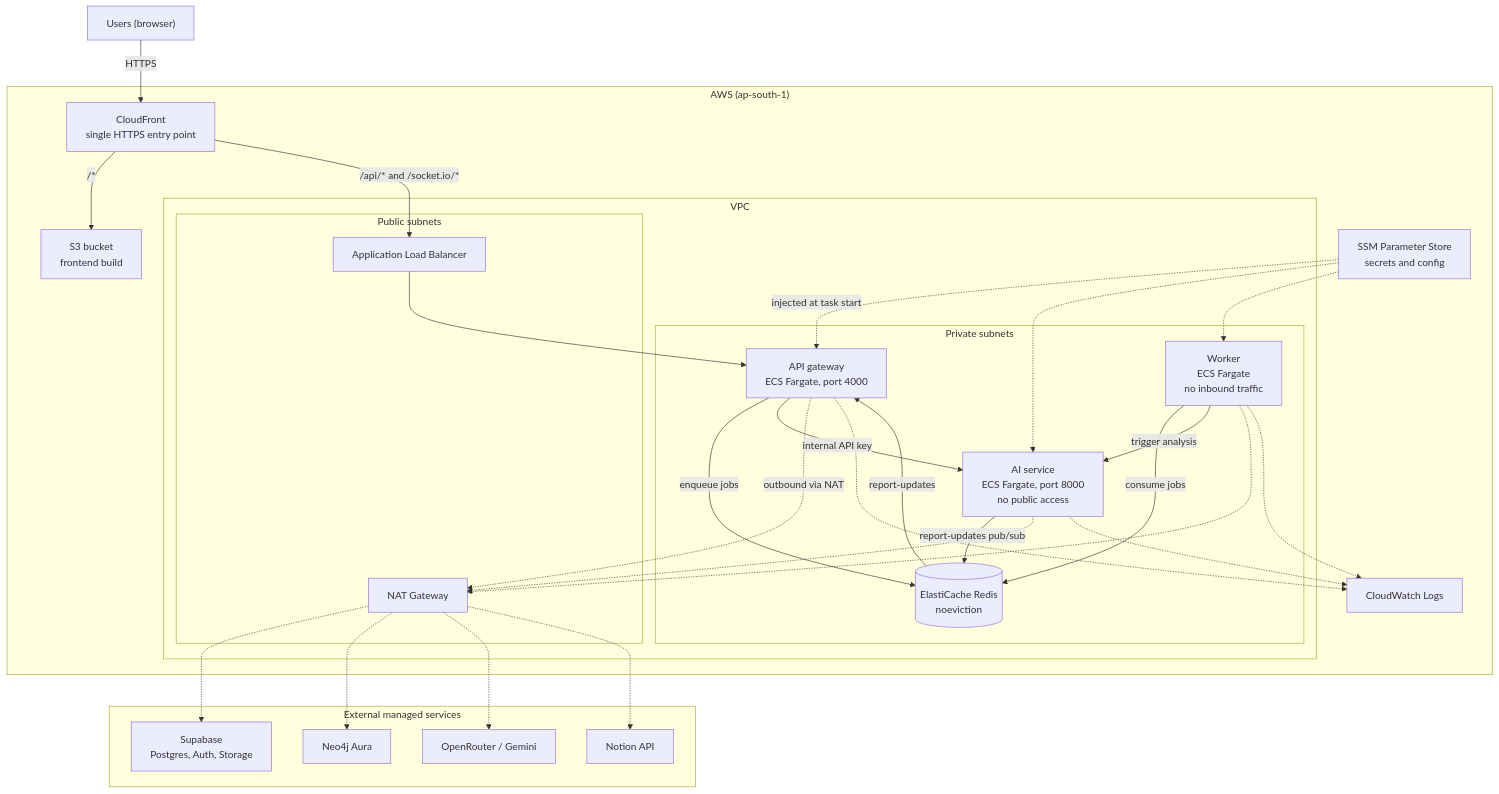
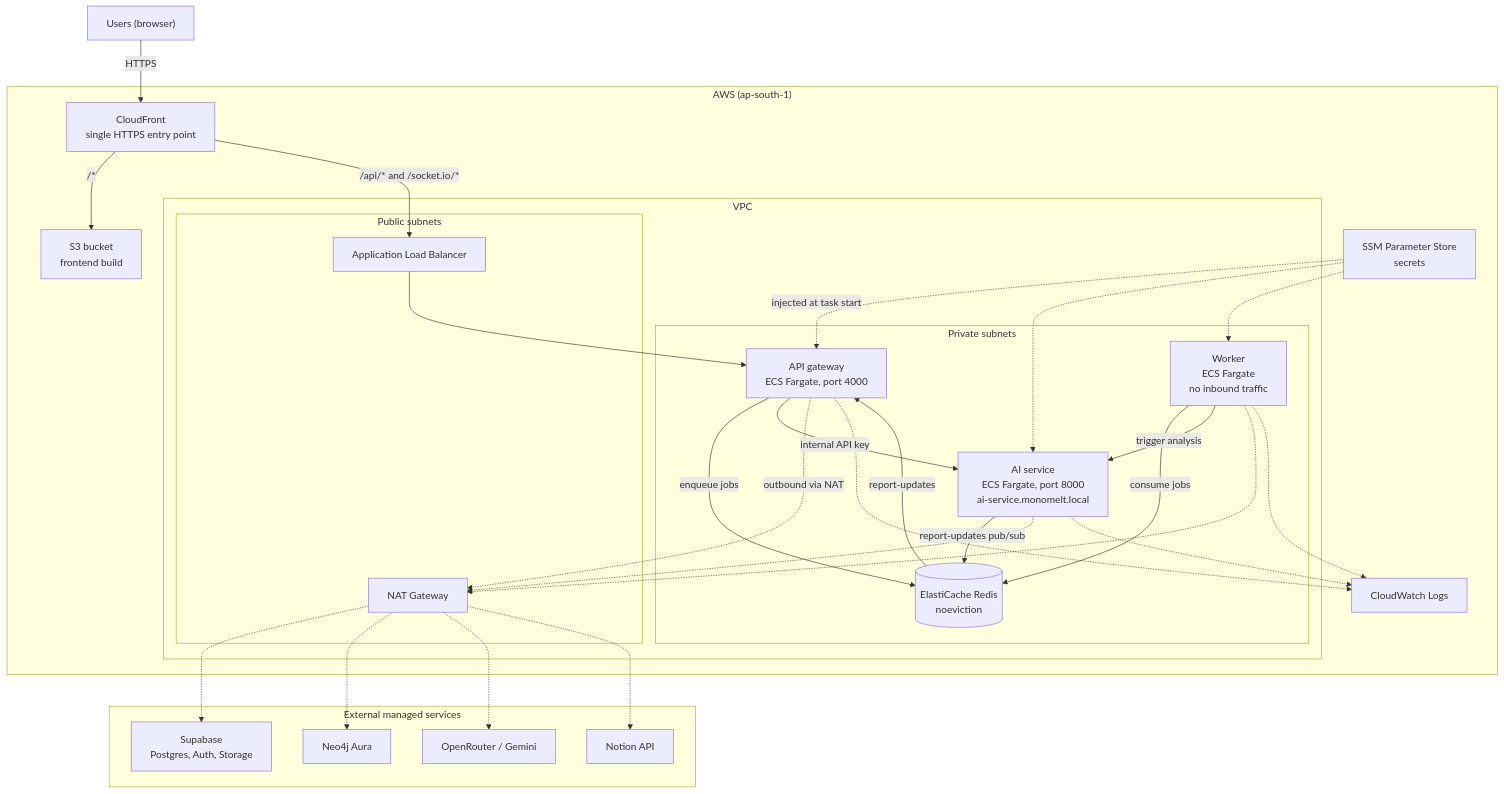
Before and after one commit to Tetra4ge/MonoMelt: the first of 2 diagrams in deploy/README.md, drawn with Mermaid. The commit also changed other lines of this file, not shown here.

Commit message:
docs: describe the deployment steps, architecture and teardown

````diff
--- a/deploy/README.md
+++ b/deploy/README.md
@@ -9,60 +10,60 @@
 ```mermaid
 flowchart TB
     user["Users (browser)"]
 
     subgraph external["External managed services"]
         supa["Supabase<br/>Postgres, Auth, Storage"]
         neo["Neo4j Aura"]
         llm["OpenRouter / Gemini"]
         notion["Notion API"]
     end
 
     subgraph aws["AWS (ap-south-1)"]
         cf["CloudFront<br/>single HTTPS entry point"]
         s3["S3 bucket<br/>frontend build"]
 
         subgraph vpc["VPC"]
             subgraph pub["Public subnets"]
                 alb["Application Load Balancer"]
                 nat["NAT Gateway"]
             end
 
             subgraph priv["Private subnets"]
                 gw["API gateway<br/>ECS Fargate, port 4000"]
-                ai["AI service<br/>ECS Fargate, port 8000<br/>no public access"]
+                ai["AI service<br/>ECS Fargate, port 8000<br/>ai-service.monomelt.local"]
                 wk["Worker<br/>ECS Fargate<br/>no inbound traffic"]
                 redis[("ElastiCache Redis<br/>noeviction")]
             end
         end
 
-        ssm["SSM Parameter Store<br/>secrets and config"]
+        ssm["SSM Parameter Store<br/>secrets"]
         logs["CloudWatch Logs"]
     end
 
     user -->|"HTTPS"| cf
     cf -->|"/*"| s3
     cf -->|"/api/* and /socket.io/*"| alb
     alb --> gw
 
     gw -->|"enqueue jobs"| redis
     wk -->|"consume jobs"| redis
     gw -->|"internal API key"| ai
     wk -->|"trigger analysis"| ai
     ai -->|"report-updates pub/sub"| redis
     redis -->|"report-updates"| gw
 
     gw -.->|"outbound via NAT"| nat
     ai -.-> nat
     wk -.-> nat
     nat -.-> supa
     nat -.-> neo
     nat -.-> llm
     nat -.-> notion
 
     ssm -.->|"injected at task start"| gw
     ssm -.-> ai
     ssm -.-> wk
     gw -.-> logs
     ai -.-> logs
     wk -.-> logs
 ```
````
